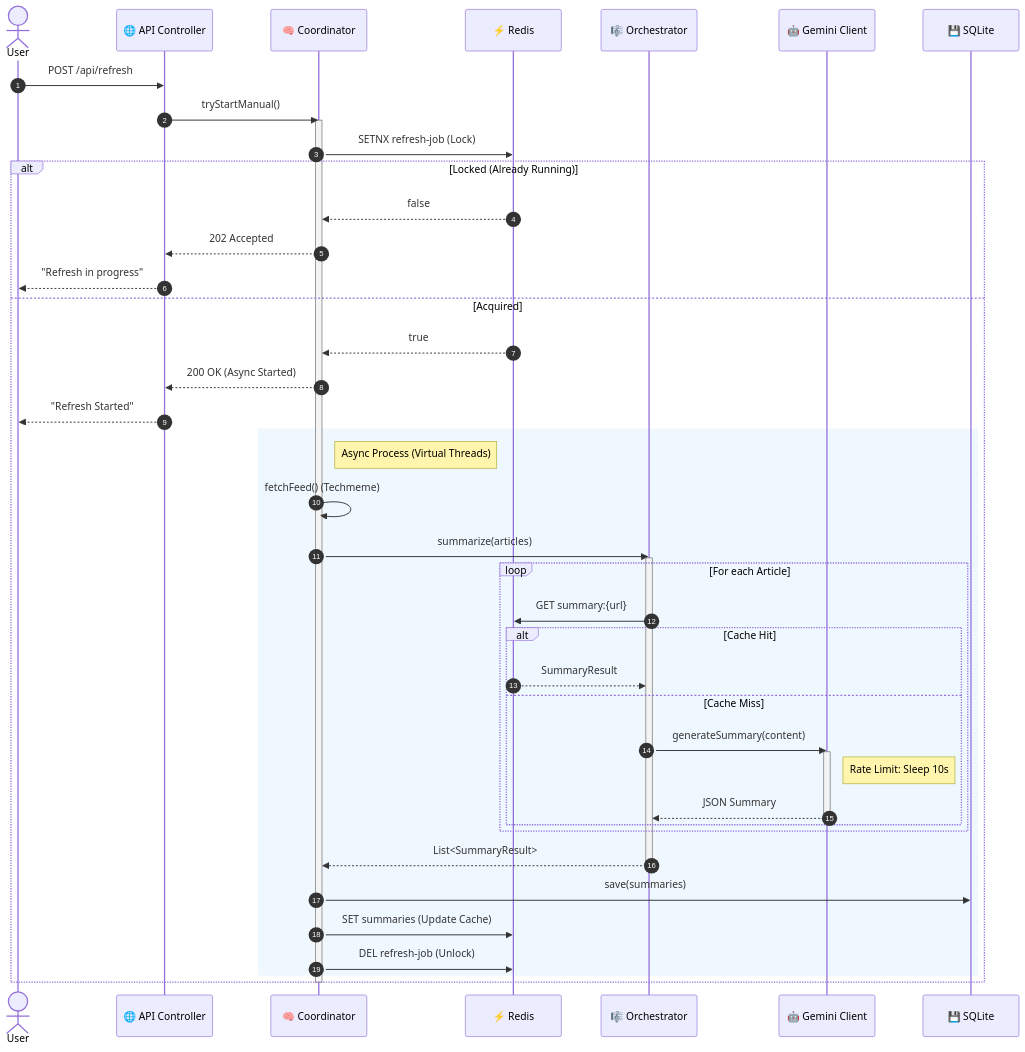
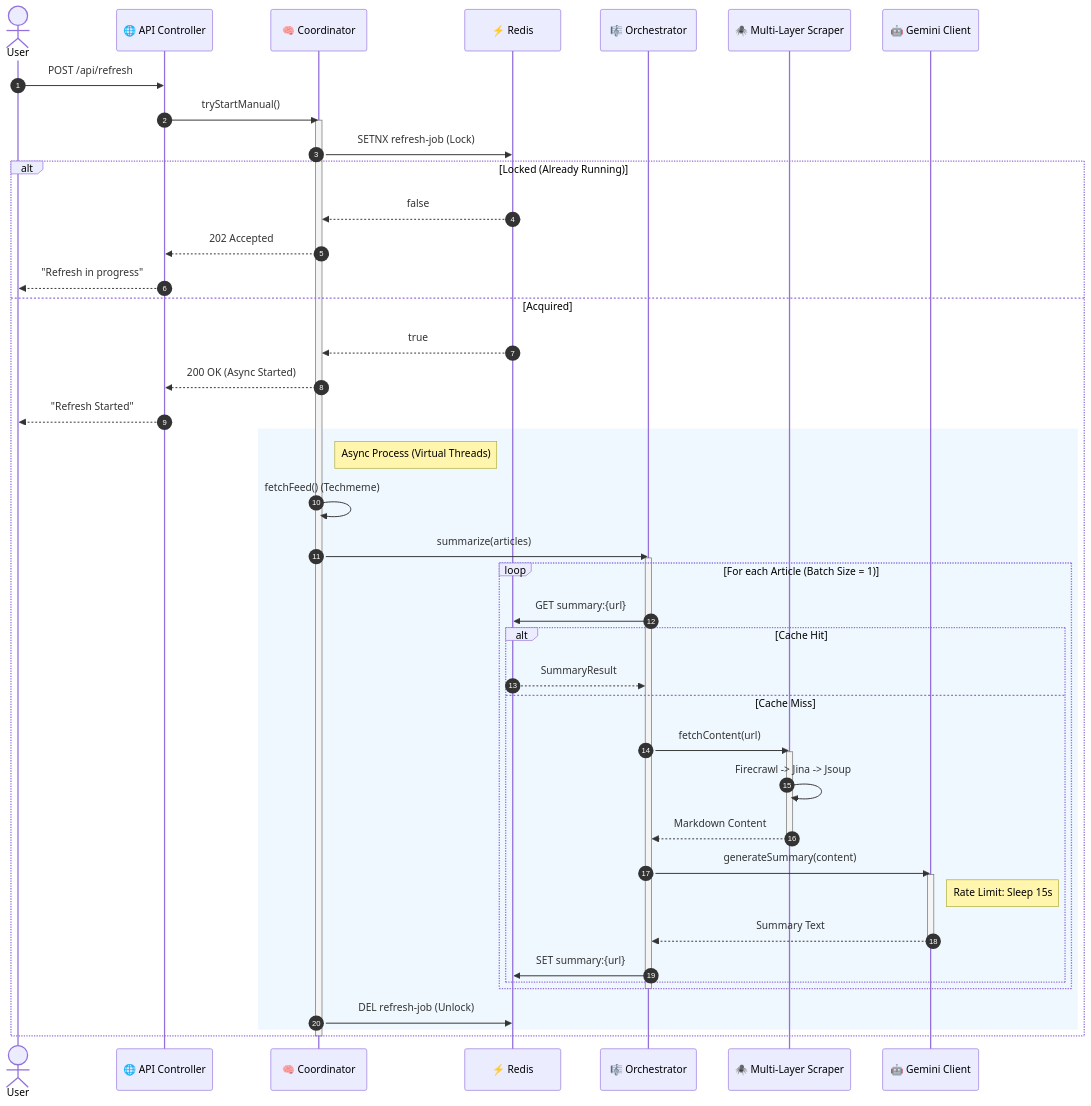
Before and after one commit to toilathuc/Summarize-with-AI: the third of 3 diagrams in ARCHITECTURE_REPORT.md, drawn with Mermaid. The commit also changed other lines of this file and 10 other files, not shown here.

Commit message:
add jina al and jsoup to crawl content in cases firecrawl can not crawl content as well as remove raw provider

````diff
--- a/ARCHITECTURE_REPORT.md
+++ b/ARCHITECTURE_REPORT.md
@@ -112,53 +148,58 @@
 ```mermaid
 sequenceDiagram
     autonumber
     actor User
     participant API as 🌐 API Controller
     participant Coord as 🧠 Coordinator
     participant Redis as ⚡ Redis
     participant Orch as 🎼 Orchestrator
+    participant Scraper as 🕷️ Multi-Layer Scraper
     participant AI as 🤖 Gemini Client
-    participant DB as 💾 SQLite
 
     User->>API: POST /api/refresh
     API->>Coord: tryStartManual()
     
     activate Coord
     Coord->>Redis: SETNX refresh-job (Lock)
     alt Locked (Already Running)
         Redis-->>Coord: false
         Coord-->>API: 202 Accepted
         API-->>User: "Refresh in progress"
     else Acquired
         Redis-->>Coord: true
         Coord-->>API: 200 OK (Async Started)
         API-->>User: "Refresh Started"
         
         rect rgb(240, 248, 255)
             note right of Coord: Async Process (Virtual Threads)
             Coord->>Coord: fetchFeed() (Techmeme)
             Coord->>Orch: summarize(articles)
             
             activate Orch
-            loop For each Article
+            loop For each Article (Batch Size = 1)
                 Orch->>Redis: GET summary:{url}
                 alt Cache Hit
                     Redis-->>Orch: SummaryResult
                 else Cache Miss
+                    Orch->>Scraper: fetchContent(url)
+                    activate Scraper
+                    Scraper->>Scraper: Firecrawl -> Jina -> Jsoup
+                    Scraper-->>Orch: Markdown Content
+                    deactivate Scraper
+
                     Orch->>AI: generateSummary(content)
                     activate AI
-                    note right of AI: Rate Limit: Sleep 10s
-                    AI-->>Orch: JSON Summary
+                    note right of AI: Rate Limit: Sleep 15s
+                    AI-->>Orch: Summary Text
                     deactivate AI
+                    
+                    Orch->>Redis: SET summary:{url}
                 end
             end
-            Orch-->>Coord: List<SummaryResult>
             deactivate Orch
-
-            Coord->>DB: save(summaries)
-            Coord->>Redis: SET summaries (Update Cache)
+            
             Coord->>Redis: DEL refresh-job (Unlock)
         end
     end
     deactivate Coord
 ```
````
